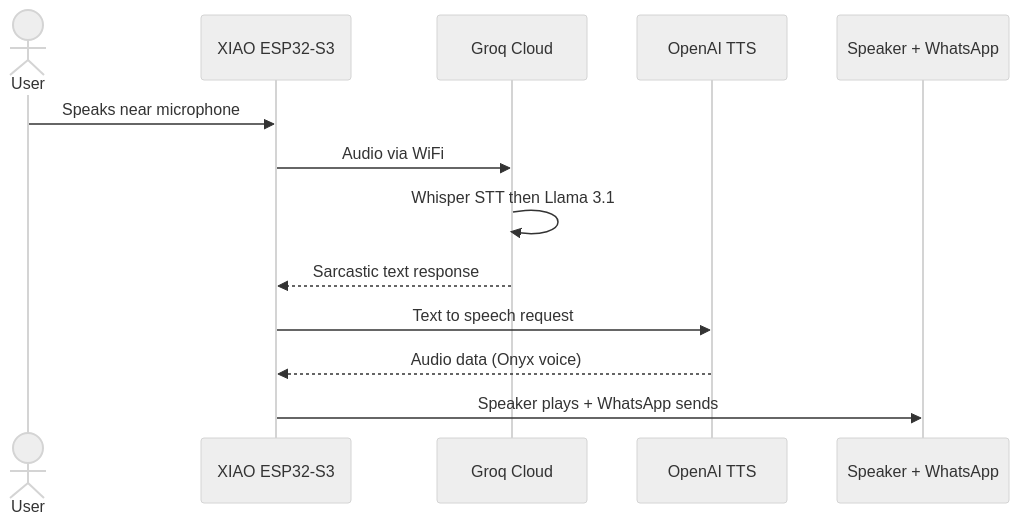
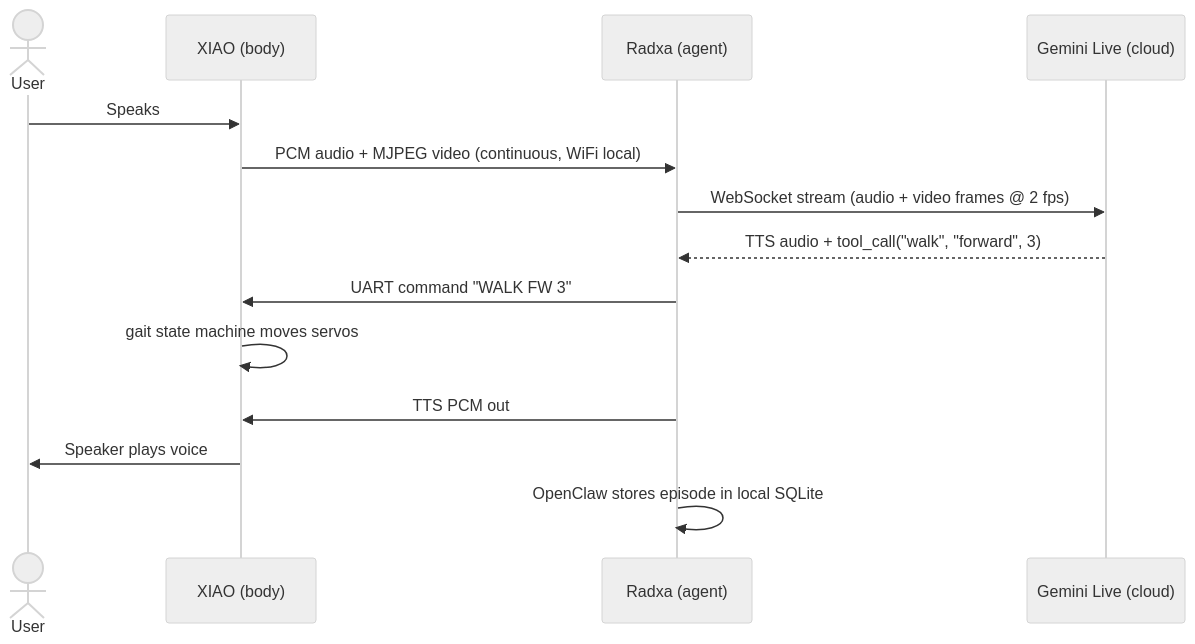
One commit to zabbix-byte/real-tars changed the third of 3 diagrams in README.md. Above: the diagram before and after it, drawn with Mermaid (neutral theme). The commit also changed other lines of this file and 26 other files, not shown here.

````diff
--- a/README.md
+++ b/README.md
@@ -110,16 +130,17 @@
 ```mermaid
 sequenceDiagram
     actor User
-    participant XIAO as XIAO ESP32-S3
-    participant GROQ as Groq Cloud
-    participant TTS as OpenAI TTS
-    participant OUT as Speaker + WhatsApp
+    participant XIAO as XIAO (body)
+    participant RADXA as Radxa (agent)
+    participant GEM as Gemini Live (cloud)
 
-    User->>XIAO: Speaks near microphone
-    XIAO->>GROQ: Audio via WiFi
-    GROQ->>GROQ: Whisper STT then Llama 3.1
-    GROQ-->>XIAO: Sarcastic text response
-    XIAO->>TTS: Text to speech request
-    TTS-->>XIAO: Audio data (Onyx voice)
-    XIAO->>OUT: Speaker plays + WhatsApp sends
+    User->>XIAO: Speaks
+    XIAO->>RADXA: PCM audio + MJPEG video (continuous, WiFi local)
+    RADXA->>GEM: WebSocket stream (audio + video frames @ 2 fps)
+    GEM-->>RADXA: TTS audio + tool_call("walk", "forward", 3)
+    RADXA->>XIAO: UART command "WALK FW 3"
+    XIAO->>XIAO: gait state machine moves servos
+    RADXA->>XIAO: TTS PCM out
+    XIAO->>User: Speaker plays voice
+    RADXA->>RADXA: OpenClaw stores episode in local SQLite
 ```
````
